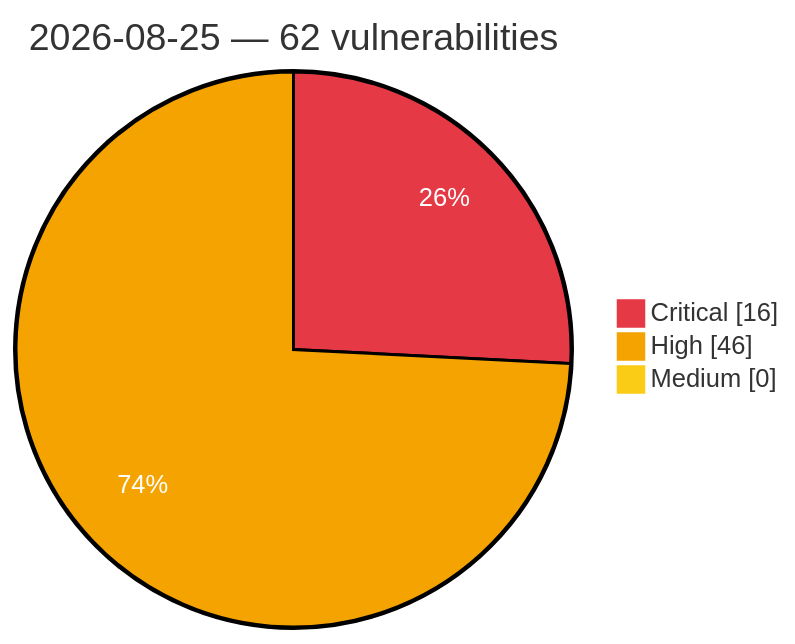
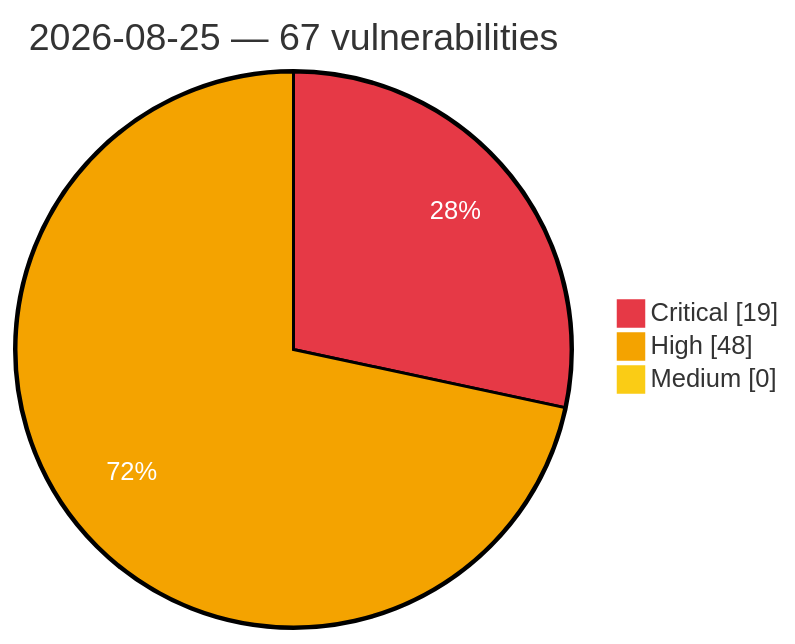
Before and after one commit to GhostX0X/vuln-tracker: the diagram in vulnerabilities/2026/August/2026-08-25.md, drawn with Mermaid. The commit also changed other lines of this file and 5 other files, not shown here.

Commit message:
Auto update: critical/high vulns (2026-08-25 15:04 UTC)

````diff
--- a/vulnerabilities/2026/August/2026-08-25.md
+++ b/vulnerabilities/2026/August/2026-08-25.md
@@ -3,8 +3,8 @@
 ```mermaid
 %%{init: {'theme':'base', 'themeVariables': {'pie1':'#e63946', 'pie2':'#f4a300', 'pie3':'#facc15', 'pieOpacity':'1', 'pieOuterStrokeWidth':'2px', 'pieSectionTextColor':'#ffffff'}}}%%
 pie showData
-    title 2026-08-25 — 62 vulnerabilities
-    "Critical" : 16
-    "High" : 46
+    title 2026-08-25 — 67 vulnerabilities
+    "Critical" : 19
+    "High" : 48
     "Medium" : 0
 ```
````
